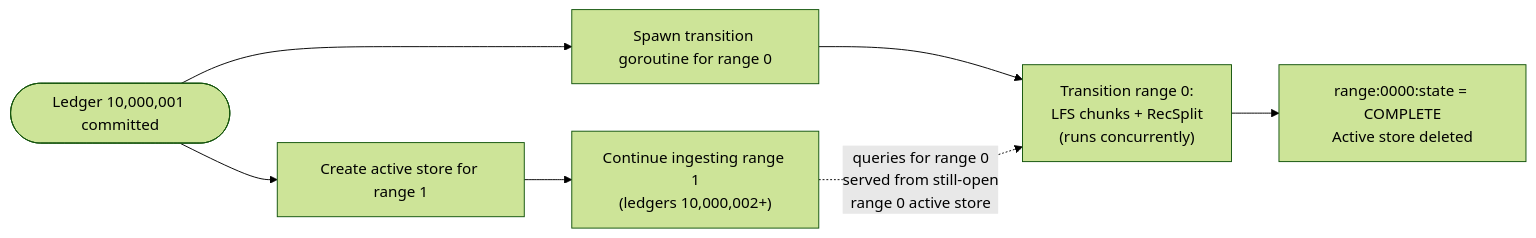
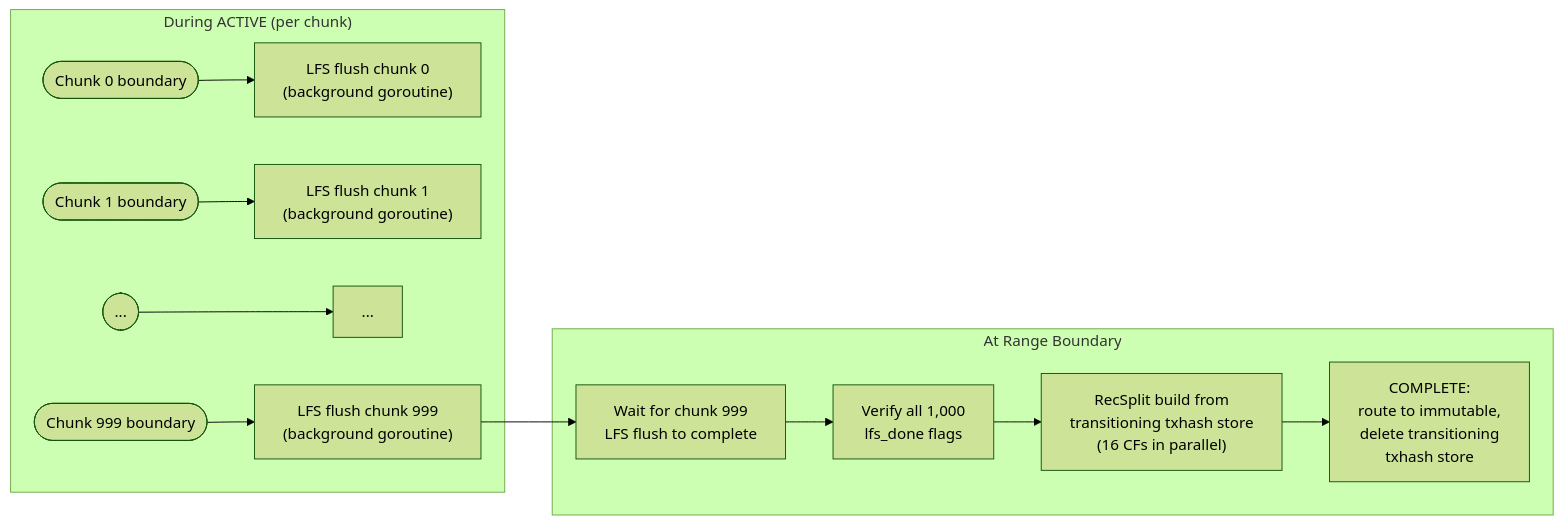
One commit to karthikiyer56/stellar-full-history-ingestion changed the third of 3 diagrams in design-docs-v2/06-streaming-transition-workflow.md. Above: the diagram before and after it, drawn with Mermaid (forest theme). The commit also changed other lines of this file and 14 other files, not shown here.

First line of the commit message:
docs: fix streaming model — independent sub-flow transitions at chunk/range cadence

````diff
--- a/design-docs-v2/06-streaming-transition-workflow.md
+++ b/design-docs-v2/06-streaming-transition-workflow.md
@@ -189,9 +284,17 @@
 ```mermaid
 flowchart LR
-    T0(["Ledger 10,000,001 committed"]) --> SPAWN["Spawn transition goroutine for range 0"]
-    T0 --> NEWSTORE["Create active store for range 1"]
-    NEWSTORE --> INGEST1["Continue ingesting range 1<br/>(ledgers 10,000,002+)"]
-    SPAWN --> TRANS0["Transition range 0:<br/>LFS chunks + RecSplit<br/>(runs concurrently)"]
-    INGEST1 -.->|"queries for range 0<br/>served from still-open<br/>range 0 active store"| TRANS0
-    TRANS0 --> COMPLETE["range:0000:state = COMPLETE<br/>Active store deleted"]
+    subgraph ACTIVE["During ACTIVE (per chunk)"]
+        C0(["Chunk 0 boundary"]) --> LFS0["LFS flush chunk 0<br/>(background goroutine)"]
+        C1(["Chunk 1 boundary"]) --> LFS1["LFS flush chunk 1<br/>(background goroutine)"]
+        CN(["..."]) --> LFSN["..."]
+        C999(["Chunk 999 boundary"]) --> LFS999["LFS flush chunk 999<br/>(background goroutine)"]
+    end
+
+    subgraph RANGE_BOUNDARY["At Range Boundary"]
+        WAIT_LAST["Wait for chunk 999<br/>LFS flush to complete"] --> VERIFY_ALL["Verify all 1,000<br/>lfs_done flags"]
+        VERIFY_ALL --> RS_BUILD["RecSplit build from<br/>transitioning txhash store<br/>(16 CFs in parallel)"]
+        RS_BUILD --> COMPLETE_RANGE["COMPLETE:<br/>route to immutable,<br/>delete transitioning<br/>txhash store"]
+    end
+
+    LFS999 --> WAIT_LAST
 ```
````
